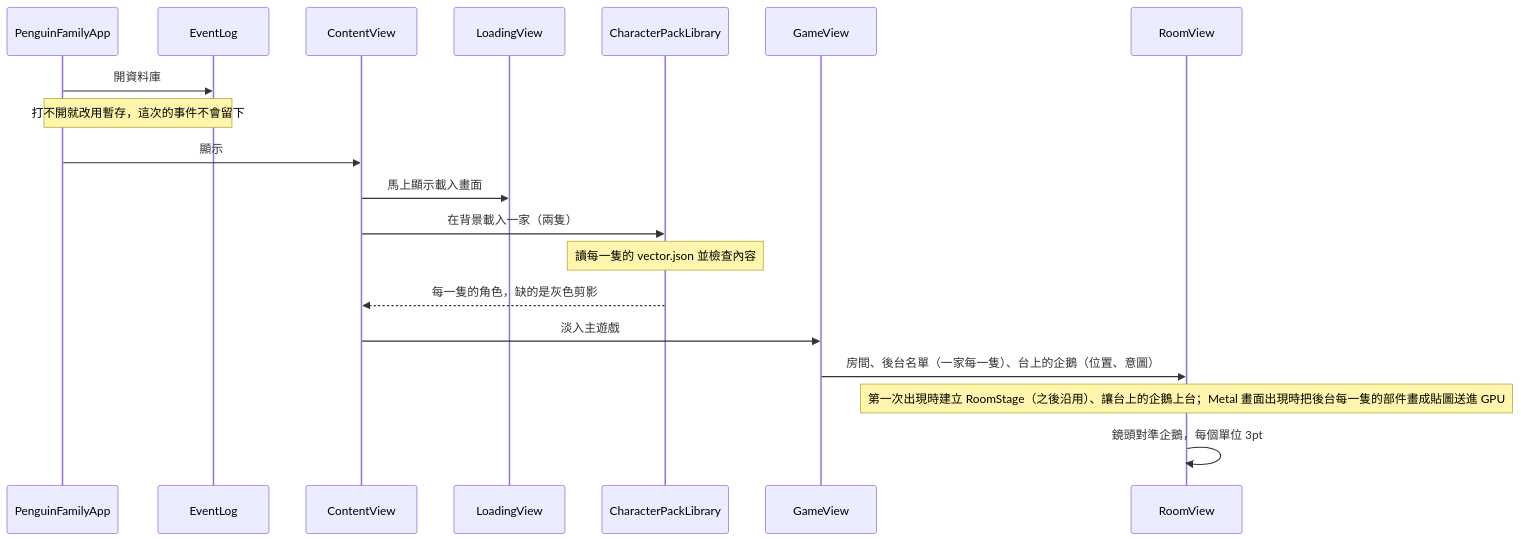
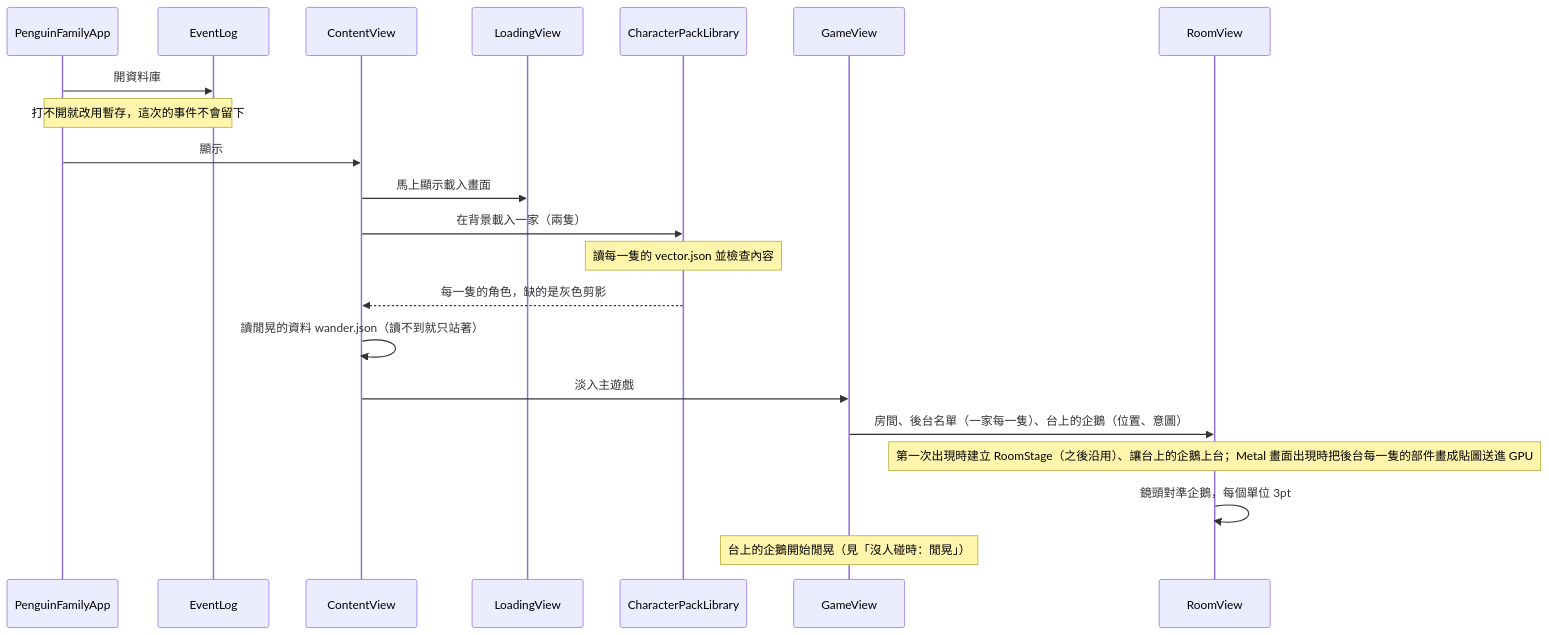
The second of 5 diagrams in docs/code-map.md (CBHeng/penguin-family), drawn with Mermaid before and after one commit. The commit also changed other lines of this file and 19 other files, not shown here.

````diff
--- a/docs/code-map.md
+++ b/docs/code-map.md
@@ -184,22 +184,24 @@
 ```mermaid
 sequenceDiagram
     participant App as PenguinFamilyApp
     participant Log as EventLog
     participant CV as ContentView
     participant LV as LoadingView
     participant Lib as CharacterPackLibrary
     participant GV as GameView
     participant RV as RoomView
 
     App->>Log: 開資料庫
     Note over App,Log: 打不開就改用暫存，這次的事件不會留下
     App->>CV: 顯示
     CV->>LV: 馬上顯示載入畫面
     CV->>Lib: 在背景載入一家（兩隻）
     Note over Lib: 讀每一隻的 vector.json 並檢查內容
     Lib-->>CV: 每一隻的角色，缺的是灰色剪影
+    CV->>CV: 讀閒晃的資料 wander.json（讀不到就只站著）
     CV->>GV: 淡入主遊戲
     GV->>RV: 房間、後台名單（一家每一隻）、台上的企鵝（位置、意圖）
     Note over RV: 第一次出現時建立 RoomStage（之後沿用）、讓台上的企鵝上台；Metal 畫面出現時把後台每一隻的部件畫成貼圖送進 GPU
     RV->>RV: 鏡頭對準企鵝，每個單位 3pt
+    Note over GV: 台上的企鵝開始閒晃（見「沒人碰時：閒晃」）
 ```
````
